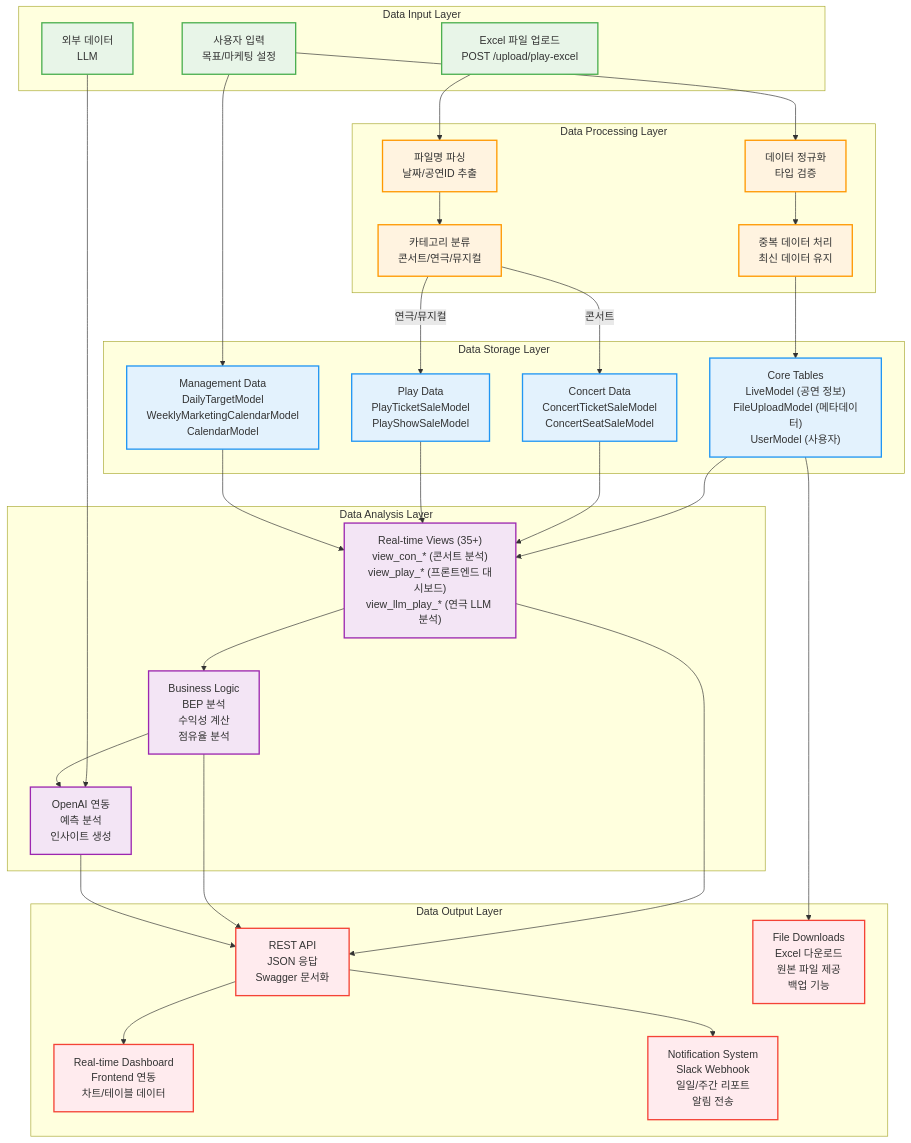
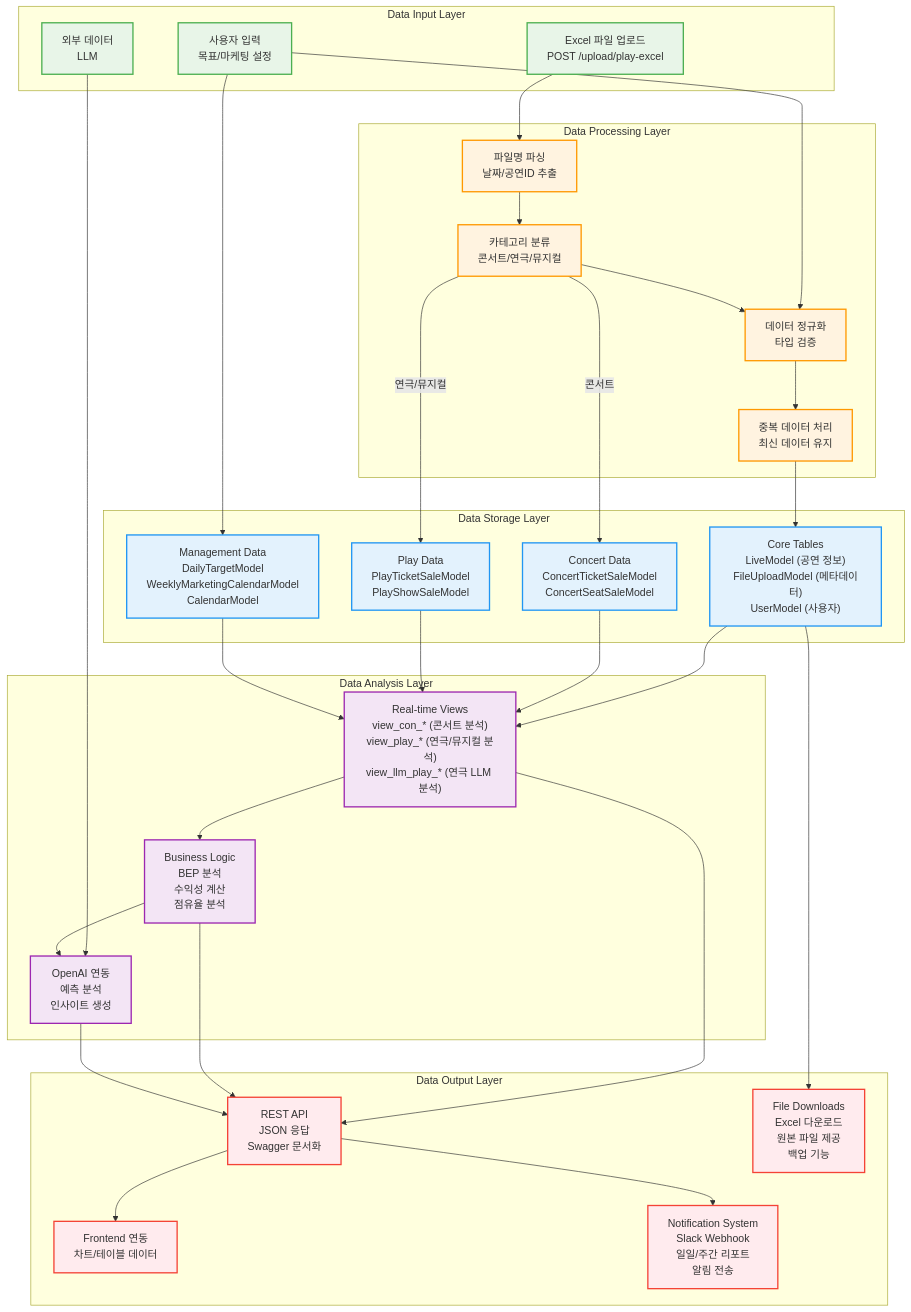
The third of 4 diagrams in README.md (jwlee-ticket/library_company_data_analysis_server), drawn with Mermaid before and after one commit.

Commit message:
docs: README 업데이트

````diff
--- a/README.md
+++ b/README.md
@@ -318,77 +318,78 @@
 ```mermaid
 graph TD
     subgraph "Data Input Layer"
         A1["Excel 파일 업로드<br/>POST /upload/play-excel"]
         A2["사용자 입력<br/>목표/마케팅 설정"]
         A3["외부 데이터<br/>LLM"]
     end
     
     subgraph "Data Processing Layer"
         B1["파일명 파싱<br/>날짜/공연ID 추출"]
         B2["카테고리 분류<br/>콘서트/연극/뮤지컬"]
         B3["데이터 정규화<br/>타입 검증"]
         B4["중복 데이터 처리<br/>최신 데이터 유지"]
     end
     
     subgraph "Data Storage Layer"
         C1["Core Tables<br/>LiveModel (공연 정보)<br/>FileUploadModel (메타데이터)<br/>UserModel (사용자)"]
         C2["Concert Data<br/>ConcertTicketSaleModel<br/>ConcertSeatSaleModel"]
         C3["Play Data<br/>PlayTicketSaleModel<br/>PlayShowSaleModel"]
         C4["Management Data<br/>DailyTargetModel<br/>WeeklyMarketingCalendarModel<br/>CalendarModel"]
     end
     
     subgraph "Data Analysis Layer"
-        D1["Real-time Views (35+)<br/>view_con_* (콘서트 분석)<br/>view_play_* (프론트엔드 대시보드)<br/>view_llm_play_* (연극 LLM 분석)"]
+        D1["Real-time Views<br/>view_con_* (콘서트 분석)<br/>view_play_* (연극/뮤지컬 분석)<br/>view_llm_play_* (연극 LLM 분석)"]
         D2["Business Logic<br/>BEP 분석<br/>수익성 계산<br/>점유율 분석"]
         D3["OpenAI 연동<br/>예측 분석<br/>인사이트 생성"]
     end
     
     subgraph "Data Output Layer"
         E1["REST API<br/>JSON 응답<br/>Swagger 문서화"]
-        E2["Real-time Dashboard<br/>Frontend 연동<br/>차트/테이블 데이터"]
+        E2["Frontend 연동<br/>차트/테이블 데이터"]
         E3["Notification System<br/>Slack Webhook<br/>일일/주간 리포트<br/>알림 전송"]
         E4["File Downloads<br/>Excel 다운로드<br/>원본 파일 제공<br/>백업 기능"]
     end
     
     %% Data Flow
     A1 --> B1
     A2 --> B3
     A3 --> D3
     
     B1 --> B2
+    B2 --> B3
     B3 --> B4
     
     B4 --> C1
     B2 -->|콘서트| C2
     B2 -->|연극/뮤지컬| C3
     A2 --> C4
     
     C1 --> D1
     C2 --> D1
     C3 --> D1
     C4 --> D1
     
     D1 --> D2
     D2 --> D3
     
     D1 --> E1
     D2 --> E1
     D3 --> E1
     
     E1 --> E2
     E1 --> E3
     C1 --> E4
     
     %% Styling
     classDef input fill:#e8f5e8,stroke:#4caf50,stroke-width:2px
     classDef process fill:#fff3e0,stroke:#ff9800,stroke-width:2px
     classDef storage fill:#e3f2fd,stroke:#2196f3,stroke-width:2px
     classDef analysis fill:#f3e5f5,stroke:#9c27b0,stroke-width:2px
     classDef output fill:#ffebee,stroke:#f44336,stroke-width:2px
     
     class A1,A2,A3 input
     class B1,B2,B3,B4 process
     class C1,C2,C3,C4 storage
     class D1,D2,D3 analysis
     class E1,E2,E3,E4 output
 ```
````
